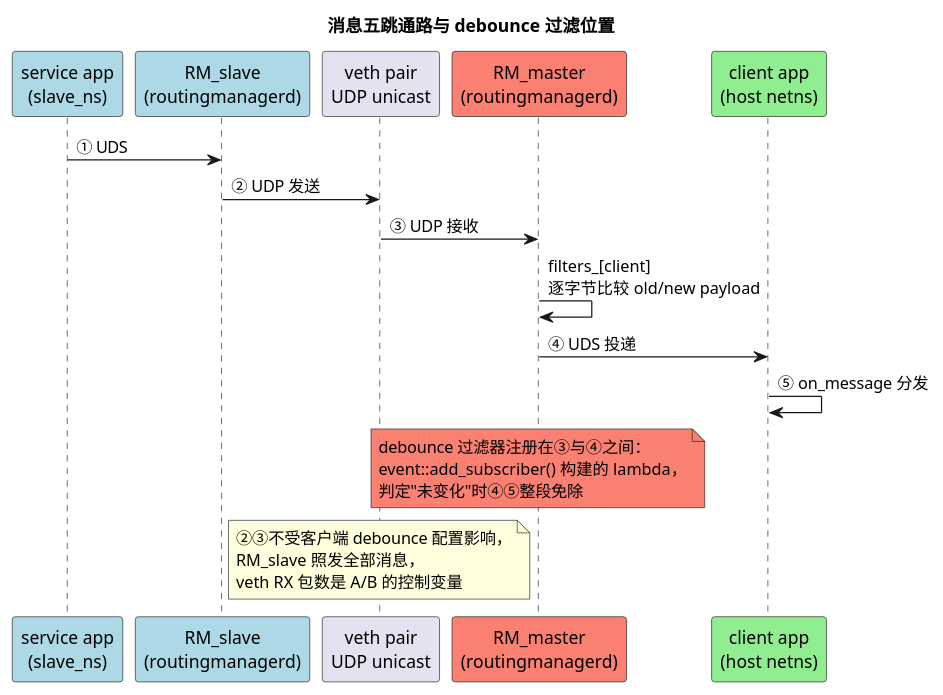
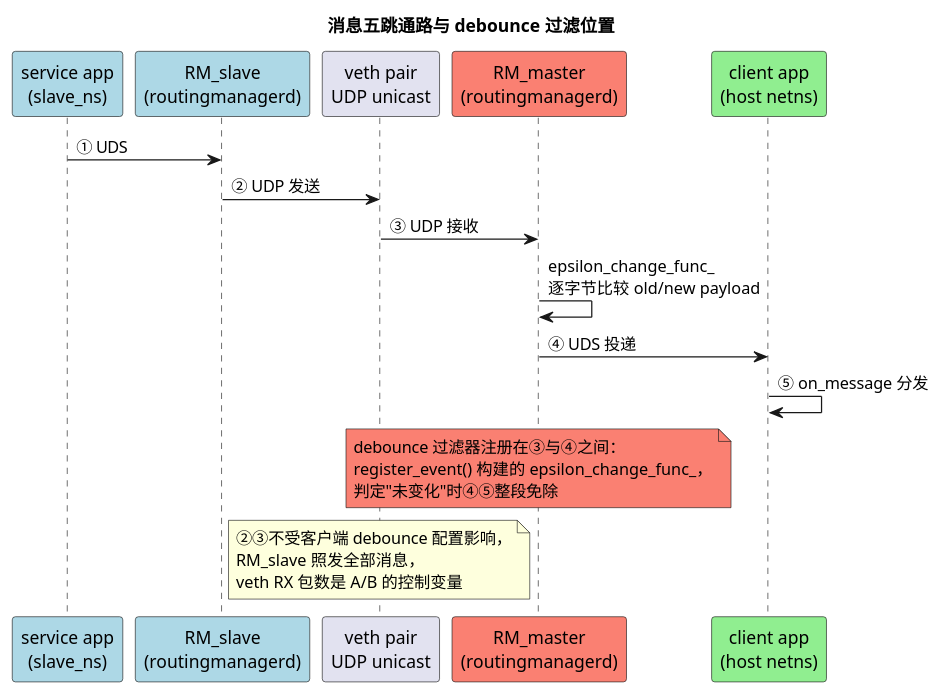
One commit to japric/japric.github.io changed the diagram in _posts/SomeIP/2026-10-25-vsomeip-debounce-perf.md. Above: the diagram before and after it, drawn with PlantUML. The commit also changed other lines of this file, not shown here.

````diff
--- a/_posts/SomeIP/2026-10-25-vsomeip-debounce-perf.md
+++ b/_posts/SomeIP/2026-10-25-vsomeip-debounce-perf.md
@@ -45,30 +45,30 @@
 ```plantuml
 @startuml debounce_perf_path
 title 消息五跳通路与 debounce 过滤位置
 
 participant "service app\n(slave_ns)" as SVC #lightblue
 participant "RM_slave\n(routingmanagerd)" as SRM #lightblue
 participant "veth pair\nUDP unicast" as VETH
 participant "RM_master\n(routingmanagerd)" as MRM #salmon
 participant "client app\n(host netns)" as CLI #lightgreen
 
 SVC -> SRM : ① UDS
 SRM -> VETH : ② UDP 发送
 VETH -> MRM : ③ UDP 接收
-MRM -> MRM : filters_[client]\n逐字节比较 old/new payload
+MRM -> MRM : epsilon_change_func_\n逐字节比较 old/new payload
 MRM -> CLI : ④ UDS 投递
 CLI -> CLI : ⑤ on_message 分发
 
 note over MRM #salmon
   debounce 过滤器注册在③与④之间：
-  event::add_subscriber() 构建的 lambda，
+  register_event() 构建的 epsilon_change_func_，
   判定"未变化"时④⑤整段免除
 end note
 
 note over VETH
   ②③不受客户端 debounce 配置影响，
   RM_slave 照发全部消息，
   veth RX 包数是 A/B 的控制变量
 end note
 @enduml
 ```
````
